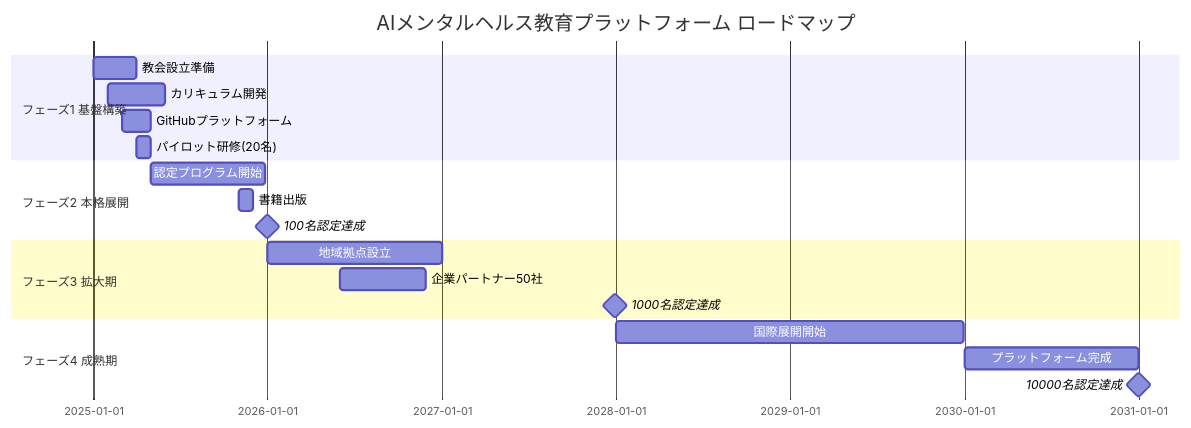
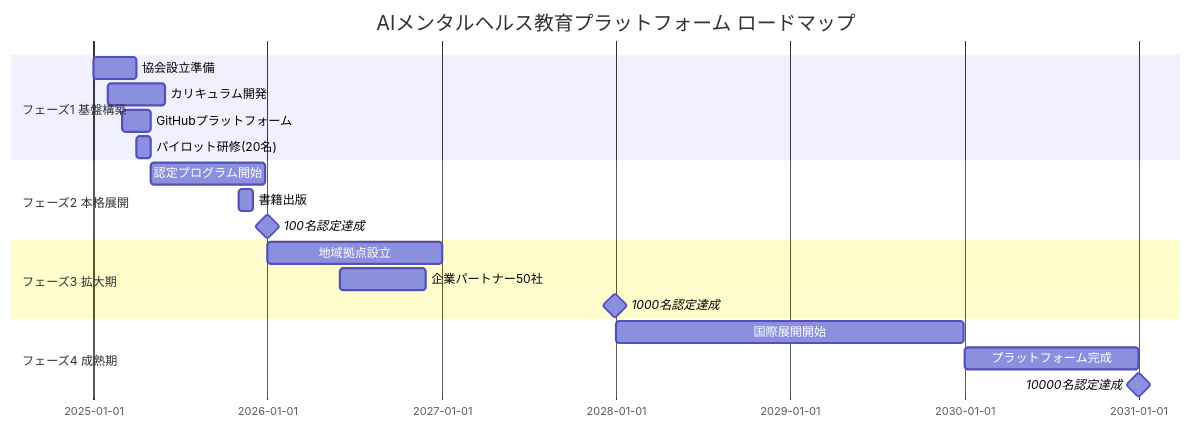
The third of 6 diagrams in AI-mental-health-integration-master.md (masudamasuda/AI_Mental_Self_Care), drawn with Mermaid before and after one commit. The commit also changed other lines of this file, not shown here.

````diff
--- a/AI-mental-health-integration-master.md
+++ b/AI-mental-health-integration-master.md
@@ -915,25 +915,25 @@
 ```mermaid
 gantt
     title AIメンタルヘルス教育プラットフォーム ロードマップ
     dateFormat  YYYY-MM-DD
     section フェーズ1 基盤構築
-    教会設立準備          :2025-01-01, 90d
+    協会設立準備          :2025-01-01, 90d
     カリキュラム開発      :2025-02-01, 120d
     GitHubプラットフォーム :2025-03-01, 60d
     パイロット研修(20名)  :2025-04-01, 30d
     
     section フェーズ2 本格展開
     認定プログラム開始    :2025-05-01, 240d
     書籍出版              :2025-11-01, 30d
     100名認定達成         :milestone, 2025-12-31, 0d
     
     section フェーズ3 拡大期
     地域拠点設立          :2026-01-01, 365d
     企業パートナー50社    :2026-06-01, 180d
     1000名認定達成        :milestone, 2027-12-31, 0d
     
     section フェーズ4 成熟期
     国際展開開始          :2028-01-01, 730d
     プラットフォーム完成  :2030-01-01, 365d
     10000名認定達成       :milestone, 2030-12-31, 0d
 ```
````
